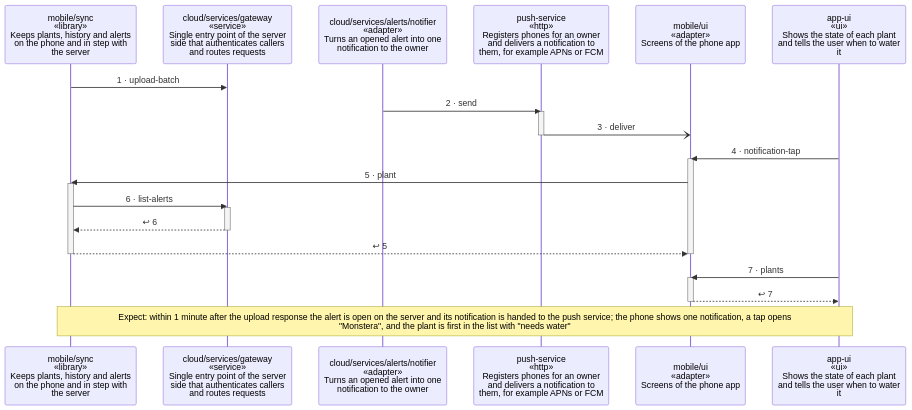
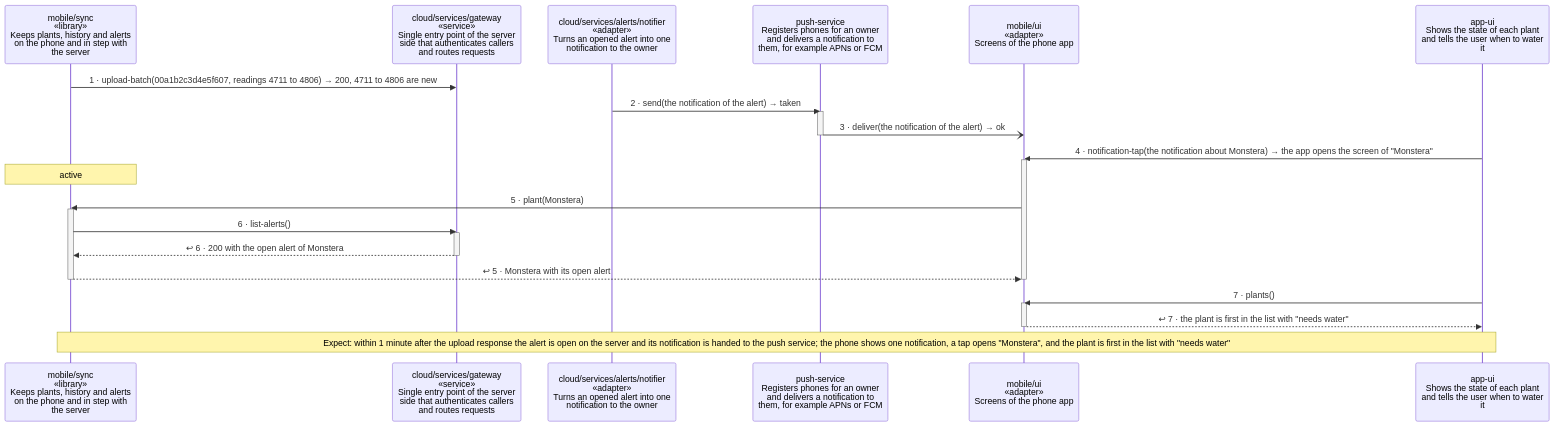
Before and after one commit to wackazong/unifold: the diagram in examples/plantwatch/docs/diagrams/scenario-upload-and-alert.md, drawn with Mermaid. The commit also changed other lines of this file and 213 other files, not shown here.

````diff
--- a/examples/plantwatch/docs/diagrams/scenario-upload-and-alert.md
+++ b/examples/plantwatch/docs/diagrams/scenario-upload-and-alert.md
@@ -12,35 +13,36 @@
 ```mermaid
 ---
 config:
   sequence:
     height: 108
 ---
 sequenceDiagram
   participant pmobile__sync as mobile/sync<br/>«library»<br/>Keeps plants, history and alerts<br/>on the phone and in step with<br/>the server
   participant pcloud__services__gateway as cloud/services/gateway<br/>«service»<br/>Single entry point of the server<br/>side that authenticates callers<br/>and routes requests
   participant pcloud__services__alerts__notifier as cloud/services/alerts/notifier<br/>«adapter»<br/>Turns an opened alert into one<br/>notification to the owner
-  participant ppush_dservice as push-service<br/>«http»<br/>Registers phones for an owner<br/>and delivers a notification to<br/>them, for example APNs or FCM
+  participant ppush_dservice as push-service<br/>Registers phones for an owner<br/>and delivers a notification to<br/>them, for example APNs or FCM
   participant pmobile__ui as mobile/ui<br/>«adapter»<br/>Screens of the phone app
-  participant papp_dui as app-ui<br/>«ui»<br/>Shows the state of each plant<br/>and tells the user when to water<br/>it
-  pmobile__sync->>pcloud__services__gateway: 1 · upload-batch
-  pcloud__services__alerts__notifier->>ppush_dservice: 2 · send
+  participant papp_dui as app-ui<br/>Shows the state of each plant<br/>and tells the user when to water<br/>it
+  pmobile__sync->>pcloud__services__gateway: 1 · upload-batch(00a1b2c3d4e5f607, readings 4711 to 4806) → 200, 4711 to 4806 are new
+  pcloud__services__alerts__notifier->>ppush_dservice: 2 · send(the notification of the alert) → taken
   activate ppush_dservice
-  ppush_dservice-)pmobile__ui: 3 · deliver
+  ppush_dservice-)pmobile__ui: 3 · deliver(the notification of the alert) → ok
   deactivate ppush_dservice
-  papp_dui->>pmobile__ui: 4 · notification-tap
+  papp_dui->>pmobile__ui: 4 · notification-tap(the notification about Monstera) → the app opens the screen of #quot;Monstera#quot;
   activate pmobile__ui
-  pmobile__ui->>pmobile__sync: 5 · plant
+  Note over pmobile__sync: active
+  pmobile__ui->>pmobile__sync: 5 · plant(Monstera)
   activate pmobile__sync
-  pmobile__sync->>pcloud__services__gateway: 6 · list-alerts
+  pmobile__sync->>pcloud__services__gateway: 6 · list-alerts()
   activate pcloud__services__gateway
-  pcloud__services__gateway-->>pmobile__sync: ↩ 6
+  pcloud__services__gateway-->>pmobile__sync: ↩ 6 · 200 with the open alert of Monstera
   deactivate pcloud__services__gateway
-  pmobile__sync-->>pmobile__ui: ↩ 5
+  pmobile__sync-->>pmobile__ui: ↩ 5 · Monstera with its open alert
   deactivate pmobile__sync
   deactivate pmobile__ui
-  papp_dui->>pmobile__ui: 7 · plants
+  papp_dui->>pmobile__ui: 7 · plants()
   activate pmobile__ui
-  pmobile__ui-->>papp_dui: ↩ 7
+  pmobile__ui-->>papp_dui: ↩ 7 · the plant is first in the list with #quot;needs water#quot;
   deactivate pmobile__ui
   Note over pmobile__sync,papp_dui: wrap: Expect: within 1 minute after the upload response the alert is open on the server and its notification is handed to the push service#59; the phone shows one notification, a tap opens #quot;Monstera#quot;, and the plant is first in the list with #quot;needs water#quot;
 ```
````
